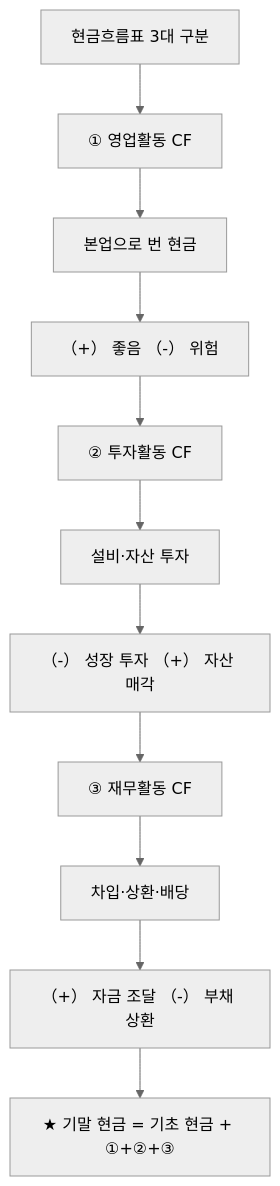
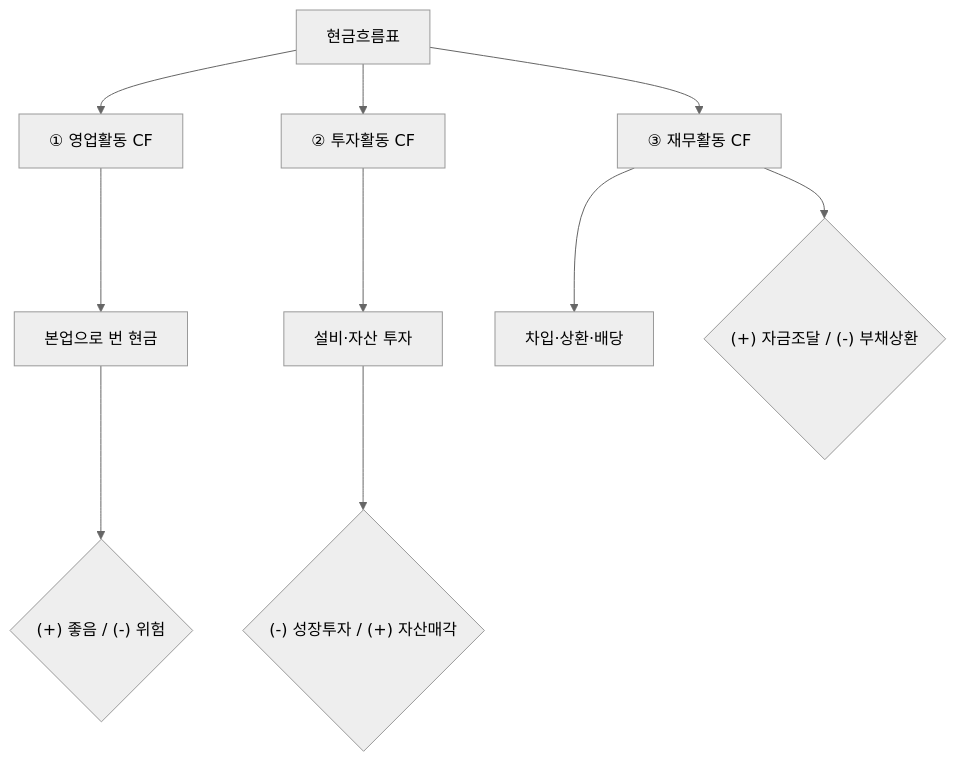
One commit to yeongseon/stock-visual-note changed the diagram in content/stock-terms/ko/level-03-financial-statements/cash-flow.md. Above: the diagram before and after it, drawn with Mermaid (neutral theme). The commit also changed other lines of this file and 96 other files, not shown here.

Commit message:
Rewrite all 98 remaining articles: branching Mermaid diagrams, natural search_intent, compelling seo_titles, clean descriptions

````diff
--- a/content/stock-terms/ko/level-03-financial-statements/cash-flow.md
+++ b/content/stock-terms/ko/level-03-financial-statements/cash-flow.md
@@ -39,24 +39,13 @@
 ```mermaid
 graph TD
-    A0["현금흐름표 3대 구분"]
-    A1["① 영업활동 CF"]
-    A2["본업으로 번 현금"]
-    A3["（+） 좋음 （-） 위험"]
-    A4["② 투자활동 CF"]
-    A5["설비·자산 투자"]
-    A6["（-） 성장 투자 （+） 자산 매각"]
-    A7["③ 재무활동 CF"]
-    A8["차입·상환·배당"]
-    A9["（+） 자금 조달 （-） 부채 상환"]
-    A10["★ 기말 현금 = 기초 현금 + ①+②+③"]
-    A0 --> A1
-    A1 --> A2
-    A2 --> A3
-    A3 --> A4
-    A4 --> A5
-    A5 --> A6
-    A6 --> A7
-    A7 --> A8
-    A8 --> A9
-    A9 --> A10
+    A["현금흐름표"]
+    A --> B["① 영업활동 CF"]
+    A --> C["② 투자활동 CF"]
+    A --> D["③ 재무활동 CF"]
+    B --> E["본업으로 번 현금"]
+    C --> F["설비·자산 투자"]
+    D --> G["차입·상환·배당"]
+    E --> H{"(+) 좋음 / (-) 위험"}
+    F --> I{"(-) 성장투자 / (+) 자산매각"}
+    D --> J{"(+) 자금조달 / (-) 부채상환"}
 ```
````
